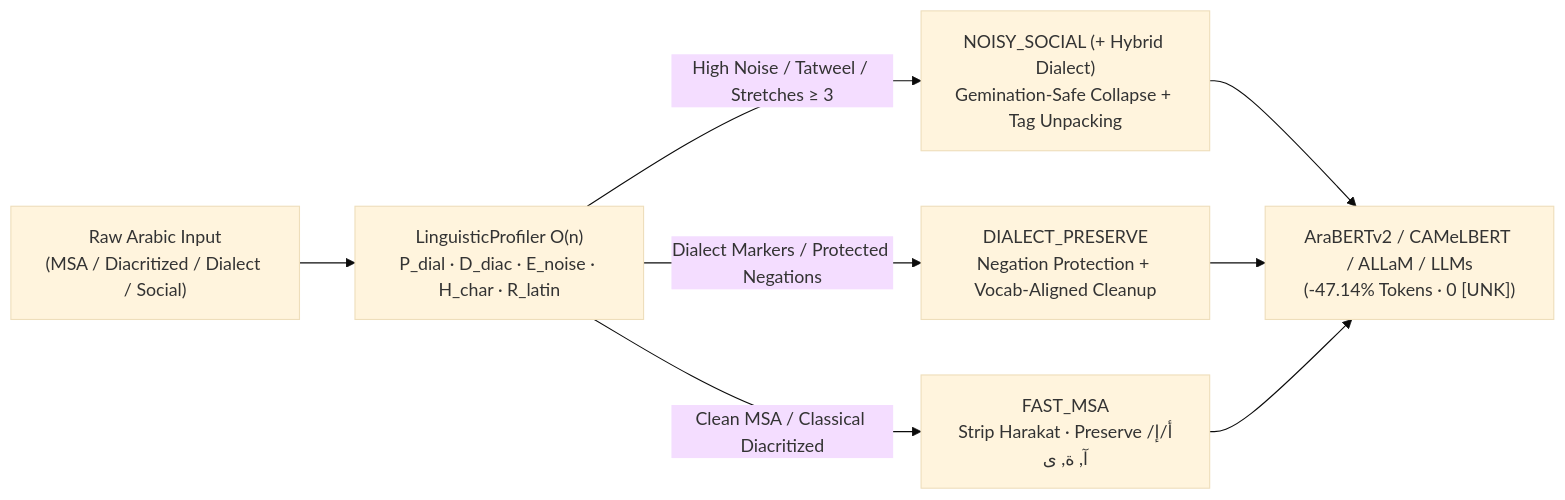
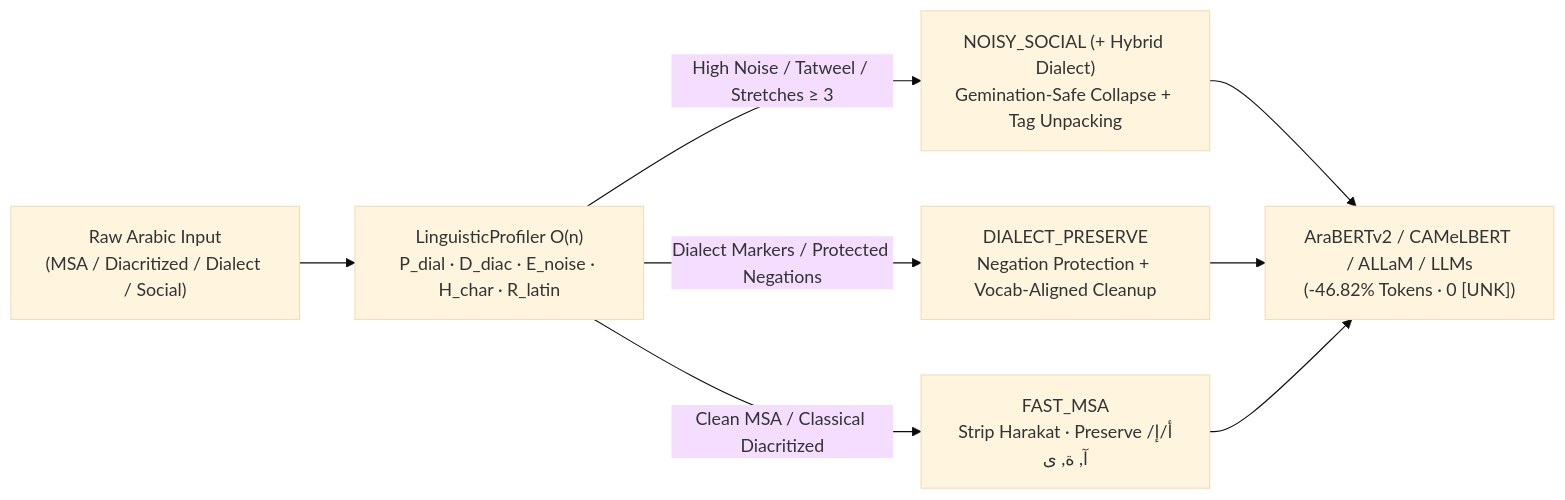
Before and after one commit to RealMtrx/misar: the diagram in README.md, drawn with Mermaid (base theme). The commit also changed other lines of this file and 8 other files, not shown here.

````diff
--- a/README.md
+++ b/README.md
@@ -41,10 +41,10 @@
 ```mermaid
 flowchart LR
     A["Raw Arabic Input<br/>(MSA / Diacritized / Dialect / Social)"] --> B["LinguisticProfiler O(n)<br/>P_dial · D_diac · E_noise · H_char · R_latin"]
     B -->|"High Noise / Tatweel / Stretches ≥ 3"| C["NOISY_SOCIAL (+ Hybrid Dialect)<br/>Gemination-Safe Collapse + Tag Unpacking"]
     B -->|"Dialect Markers / Protected Negations"| D["DIALECT_PRESERVE<br/>Negation Protection + Vocab-Aligned Cleanup"]
     B -->|"Clean MSA / Classical Diacritized"| E["FAST_MSA<br/>Strip Harakat · Preserve أ/إ/آ, ة, ى"]
-    C --> F["AraBERTv2 / CAMeLBERT / ALLaM / LLMs<br/>(-47.14% Tokens · 0 [UNK])"]
+    C --> F["AraBERTv2 / CAMeLBERT / ALLaM / LLMs<br/>(-46.82% Tokens · 0 [UNK])"]
     D --> F
     E --> F
 ```
````
